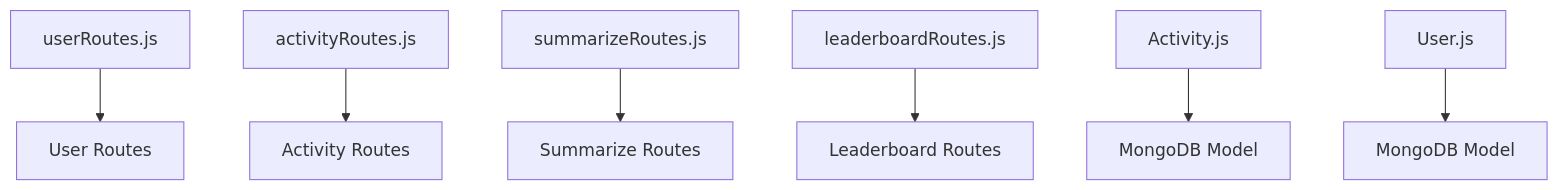
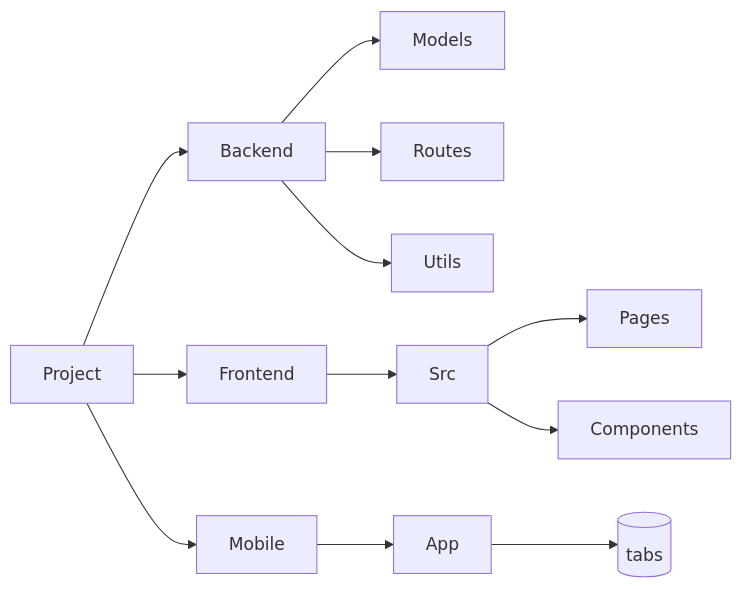
One commit to SaiTeja-1701/codeAtlas101 changed the first of 3 diagrams in server/generated_docs/B09.git/architecture.md. Above: the diagram before and after it, drawn with Mermaid. The commit also changed other lines of this file and 10 other files, not shown here.

````diff
--- a/server/generated_docs/B09.git/architecture.md
+++ b/server/generated_docs/B09.git/architecture.md
@@ -63,9 +20,14 @@
 ```mermaid
-graph TD
-    A[userRoutes.js] --> B[User Routes]
-    C[activityRoutes.js] --> D[Activity Routes]
-    E[summarizeRoutes.js] --> F[Summarize Routes]
-    G[leaderboardRoutes.js] --> H[Leaderboard Routes]
-    I[Activity.js] --> J[MongoDB Model]
-    K[User.js] --> L[MongoDB Model]
+graph LR
+    A[Project] --> B1[Backend]
+    A --> B2[Frontend]
+    A --> B3[Mobile]
+    B1 --> C1[Models]
+    B1 --> C2[Routes]
+    B1 --> C3[Utils]
+    B2 --> D1[Src]
+    D1 --> E1[Pages]
+    D1 --> E2[Components]
+    B3 --> F1[App]
+    F1 --> G1[(tabs)]
 ```
````
